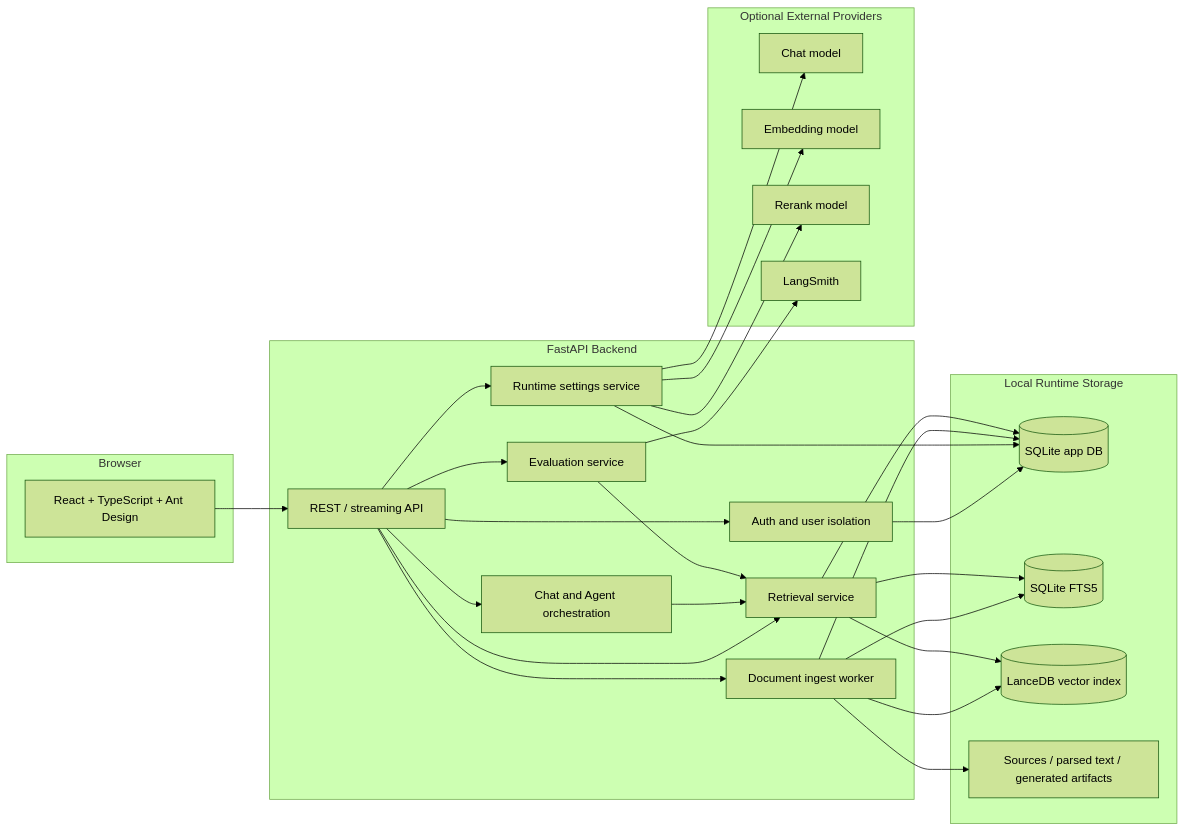
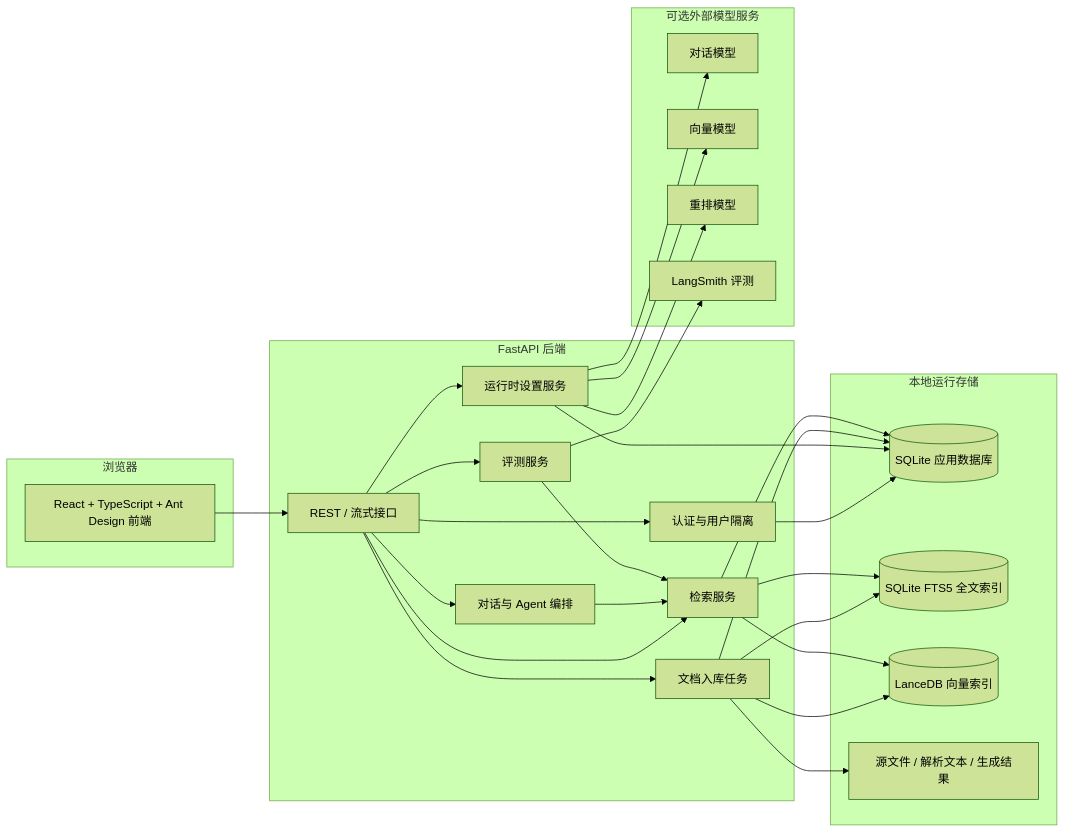
Before and after one commit to GeoSyntax/idl-rag: the first of 3 diagrams in docs/project-showcase.zh-CN.md, drawn with Mermaid (forest theme). The commit also changed other lines of this file and 2 other files, not shown here.

````diff
--- a/docs/project-showcase.zh-CN.md
+++ b/docs/project-showcase.zh-CN.md
@@ -15,53 +15,53 @@
 ```mermaid
 flowchart LR
-  subgraph Browser[Browser]
-    UI[React + TypeScript + Ant Design]
+  subgraph Browser[浏览器]
+    UI[React + TypeScript + Ant Design 前端]
   end
 
-  subgraph Backend[FastAPI Backend]
-    API[REST / streaming API]
-    Auth[Auth and user isolation]
-    Ingest[Document ingest worker]
-    Retrieval[Retrieval service]
-    Agent[Chat and Agent orchestration]
-    Eval[Evaluation service]
-    Settings[Runtime settings service]
+  subgraph Backend[FastAPI 后端]
+    API[REST / 流式接口]
+    Auth[认证与用户隔离]
+    Ingest[文档入库任务]
+    Retrieval[检索服务]
+    Agent[对话与 Agent 编排]
+    Eval[评测服务]
+    Settings[运行时设置服务]
   end
 
-  subgraph Storage[Local Runtime Storage]
-    DB[(SQLite app DB)]
-    FTS[(SQLite FTS5)]
-    Vector[(LanceDB vector index)]
-    Files[Sources / parsed text / generated artifacts]
+  subgraph Storage[本地运行存储]
+    DB[(SQLite 应用数据库)]
+    FTS[(SQLite FTS5 全文索引)]
+    Vector[(LanceDB 向量索引)]
+    Files[源文件 / 解析文本 / 生成结果]
   end
 
-  subgraph Providers[Optional External Providers]
-    LLM[Chat model]
-    Embedding[Embedding model]
-    Rerank[Rerank model]
-    LangSmith[LangSmith]
+  subgraph Providers[可选外部模型服务]
+    LLM[对话模型]
+    Embedding[向量模型]
+    Rerank[重排模型]
+    LangSmith[LangSmith 评测]
   end
 
   UI --> API
   API --> Auth
   API --> Ingest
   API --> Retrieval
   API --> Agent
   API --> Eval
   API --> Settings
   Auth --> DB
   Settings --> DB
   Ingest --> DB
   Ingest --> FTS
   Ingest --> Vector
   Ingest --> Files
   Retrieval --> DB
   Retrieval --> FTS
   Retrieval --> Vector
   Agent --> Retrieval
   Eval --> Retrieval
   Settings --> LLM
   Settings --> Embedding
   Settings --> Rerank
   Eval --> LangSmith
 ```
````
